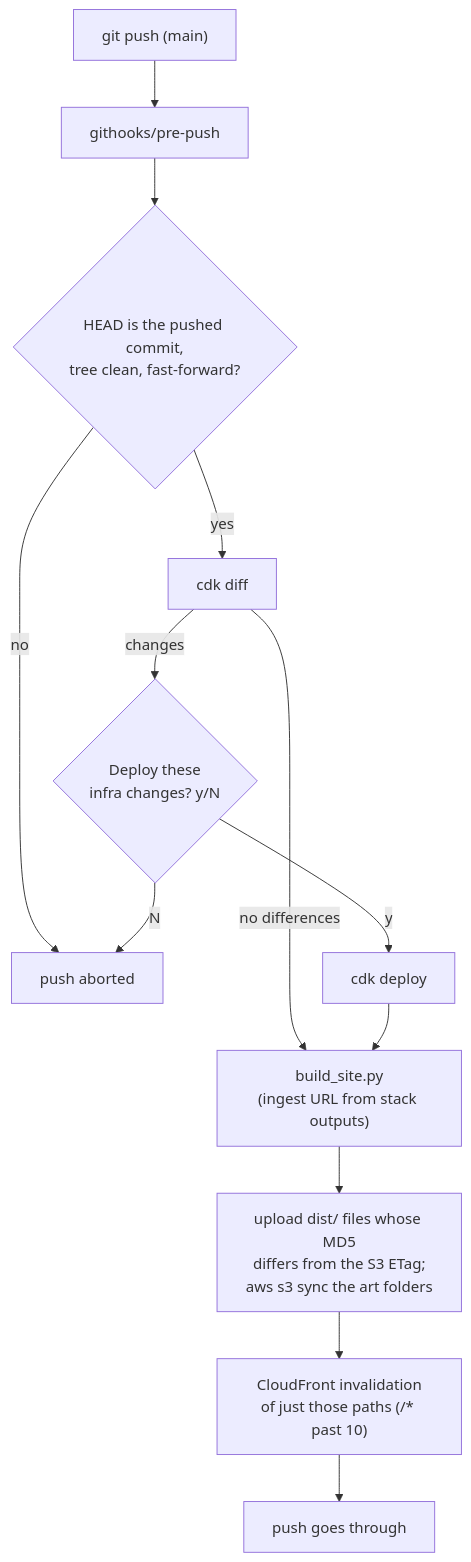
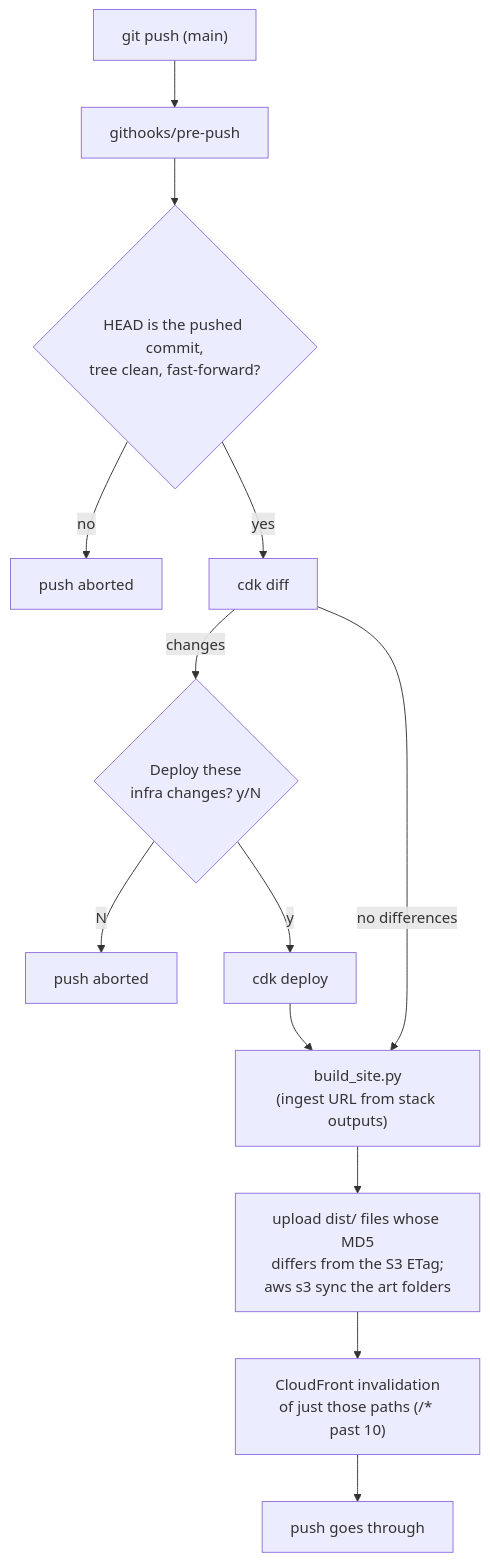
One commit to johnstonjesse329/slay-my-stats changed the fifth of 6 diagrams in README.md. Above: the diagram before and after it, drawn with Mermaid. The commit also changed other lines of this file and 11 other files, not shown here.

First line of the commit message:
README: AWS architecture diagram, profile screenshots, cleaner charts (draft)

````diff
--- a/README.md
+++ b/README.md
@@ -301,14 +342,14 @@
 ```mermaid
 flowchart TB
     push["git push (main)"] --> hook["githooks/pre-push"]
     hook --> check{"HEAD is the pushed commit,<br/>tree clean, fast-forward?"}
     check -- no --> abort["push aborted"]
     check -- yes --> diff["cdk diff"]
+    diff -- "changes" --> ask{"Deploy these<br/>infra changes? y/N"}
+    ask -- N --> abort2["push aborted"]
+    ask -- y --> deploy["cdk deploy"] --> build
     diff -- "no differences" --> build
-    diff -- "changes" --> ask{"Deploy these<br/>infra changes? y/N"}
-    ask -- N --> abort
-    ask -- y --> deploy["cdk deploy"] --> build
     build["build_site.py<br/>(ingest URL from stack outputs)"] --> upload["upload dist/ files whose MD5<br/>differs from the S3 ETag;<br/>aws s3 sync the art folders"]
     upload --> inval["CloudFront invalidation<br/>of just those paths (/* past 10)"]
     inval --> done["push goes through"]
 ```
````
